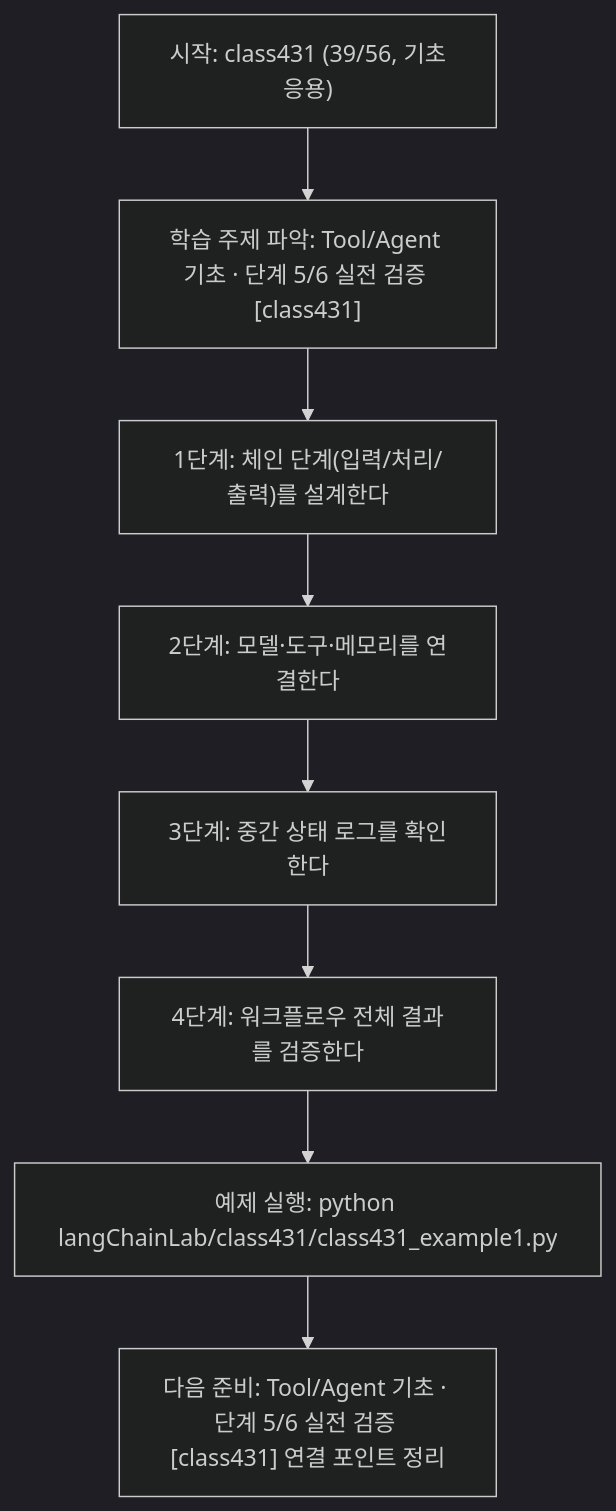
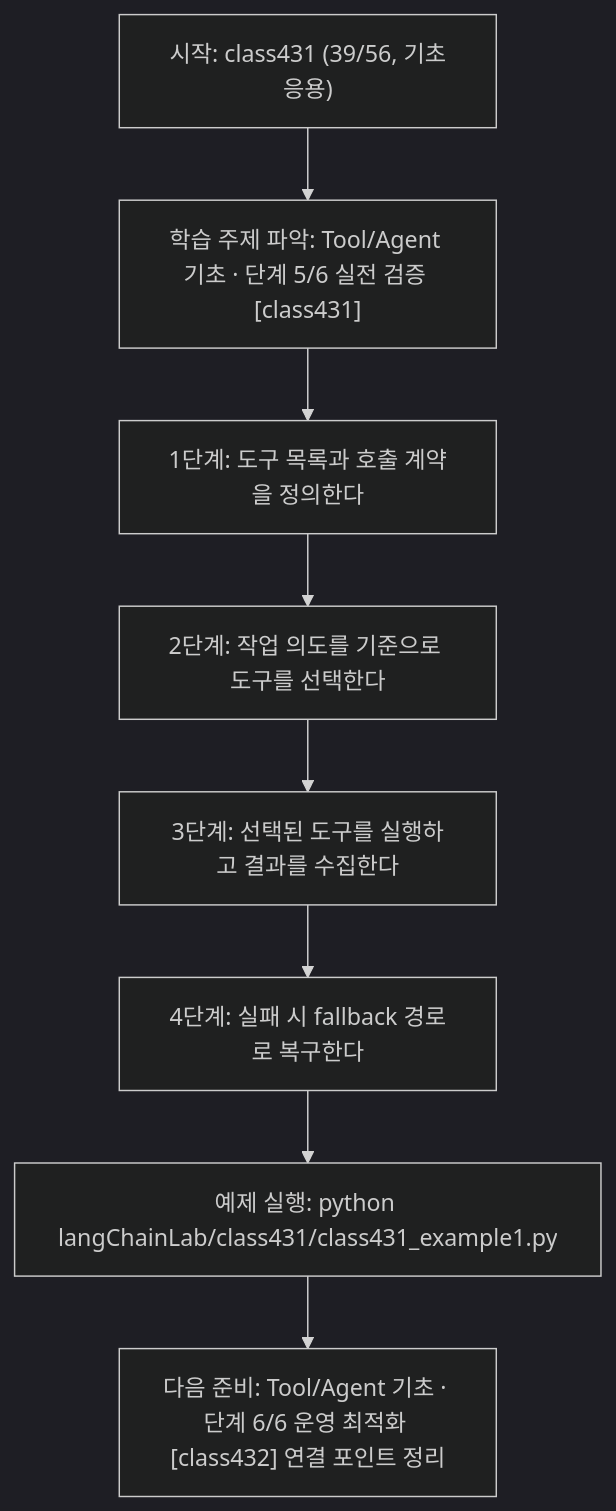
Before and after one commit to edumgt/Python-AI_Agent-Class: the diagram in langChainLab/class431/class431.md, drawn with Mermaid (dark theme). The commit also changed other lines of this file and 395 other files, not shown here.

````diff
--- a/langChainLab/class431/class431.md
+++ b/langChainLab/class431/class431.md
@@ -110,18 +91,18 @@
 ```mermaid
 flowchart TD
 N1["시작: class431 (39/56, 기초응용)"]
 N2["학습 주제 파악: Tool/Agent 기초 · 단계 5/6 실전 검증 [class431]"]
-N3["1단계: 체인 단계(입력/처리/출력)를 설계한다"]
-N4["2단계: 모델·도구·메모리를 연결한다"]
-N5["3단계: 중간 상태 로그를 확인한다"]
-N6["4단계: 워크플로우 전체 결과를 검증한다"]
+N3["1단계: 도구 목록과 호출 계약을 정의한다"]
+N4["2단계: 작업 의도를 기준으로 도구를 선택한다"]
+N5["3단계: 선택된 도구를 실행하고 결과를 수집한다"]
+N6["4단계: 실패 시 fallback 경로로 복구한다"]
 N7["예제 실행: python langChainLab/class431/class431_example1.py"]
-N8["다음 준비: Tool/Agent 기초 · 단계 5/6 실전 검증 [class431] 연결 포인트 정리"]
+N8["다음 준비: Tool/Agent 기초 · 단계 6/6 운영 최적화 [class432] 연결 포인트 정리"]
 N1 --> N2
 N2 --> N3
 N3 --> N4
 N4 --> N5
 N5 --> N6
 N6 --> N7
 N7 --> N8
 ```
````
